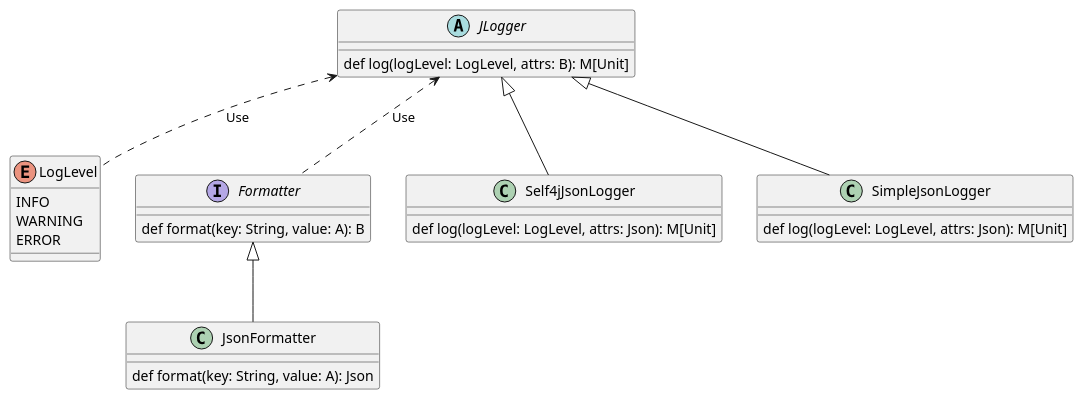
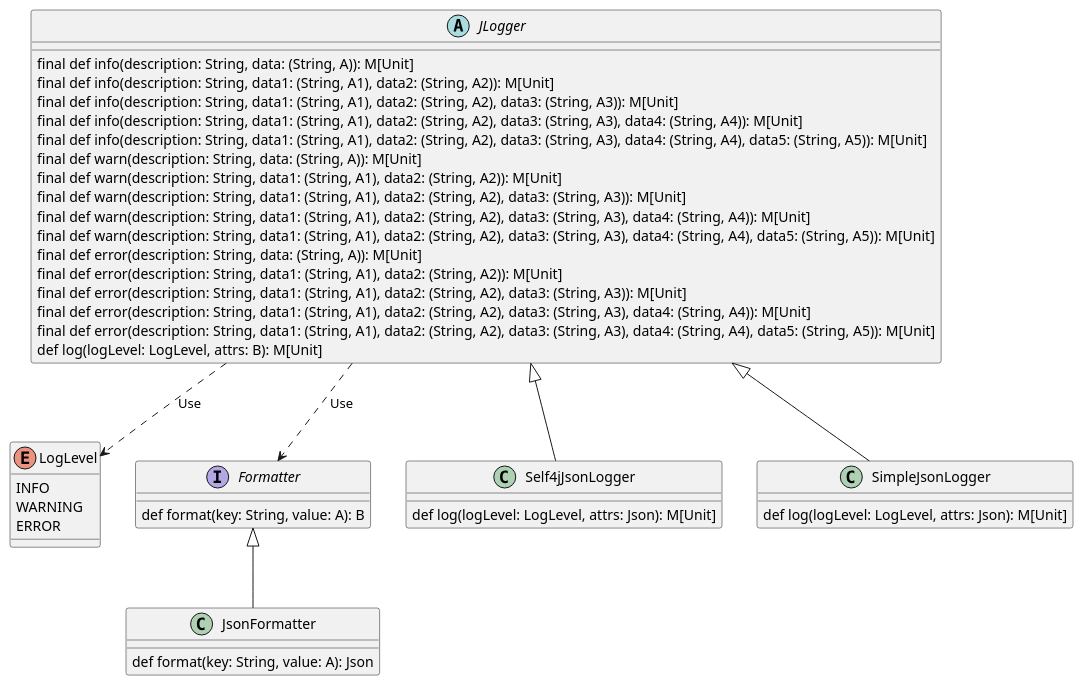
Before and after one commit to sjmyuan/cats-logger: the diagram in docs/classes.plantuml, drawn with PlantUML. The commit also changed 1 other file, not shown here.

```diff
--- a/docs/classes.plantuml
+++ b/docs/classes.plantuml
@@ -1,34 +1,49 @@
 @startuml
 enum LogLevel {
     INFO
     WARNING
     ERROR
 }
 
 interface Formatter {
   def format(key: String, value: A): B
 }
 
 class JsonFormatter {
   def format(key: String, value: A): Json 
 }
 
 abstract class JLogger {
+  final def info(description: String, data: (String, A)): M[Unit]
+  final def info(description: String, data1: (String, A1), data2: (String, A2)): M[Unit]
+  final def info(description: String, data1: (String, A1), data2: (String, A2), data3: (String, A3)): M[Unit]
+  final def info(description: String, data1: (String, A1), data2: (String, A2), data3: (String, A3), data4: (String, A4)): M[Unit]
+  final def info(description: String, data1: (String, A1), data2: (String, A2), data3: (String, A3), data4: (String, A4), data5: (String, A5)): M[Unit]
+  final def warn(description: String, data: (String, A)): M[Unit]
+  final def warn(description: String, data1: (String, A1), data2: (String, A2)): M[Unit]
+  final def warn(description: String, data1: (String, A1), data2: (String, A2), data3: (String, A3)): M[Unit]
+  final def warn(description: String, data1: (String, A1), data2: (String, A2), data3: (String, A3), data4: (String, A4)): M[Unit]
+  final def warn(description: String, data1: (String, A1), data2: (String, A2), data3: (String, A3), data4: (String, A4), data5: (String, A5)): M[Unit]
+  final def error(description: String, data: (String, A)): M[Unit]
+  final def error(description: String, data1: (String, A1), data2: (String, A2)): M[Unit]
+  final def error(description: String, data1: (String, A1), data2: (String, A2), data3: (String, A3)): M[Unit]
+  final def error(description: String, data1: (String, A1), data2: (String, A2), data3: (String, A3), data4: (String, A4)): M[Unit]
+  final def error(description: String, data1: (String, A1), data2: (String, A2), data3: (String, A3), data4: (String, A4), data5: (String, A5)): M[Unit]
   def log(logLevel: LogLevel, attrs: B): M[Unit]
 }
 
 class Self4jJsonLogger {
   def log(logLevel: LogLevel, attrs: Json): M[Unit]
 }
 
 class SimpleJsonLogger {
   def log(logLevel: LogLevel, attrs: Json): M[Unit]
 }
 
 JLogger <|-- Self4jJsonLogger
 JLogger <|-- SimpleJsonLogger
-JLogger <.. LogLevel:Use
-JLogger <.. Formatter:Use
+JLogger ..> LogLevel:Use
+JLogger ..> Formatter:Use
 
 Formatter <|-- JsonFormatter
 @enduml
```
